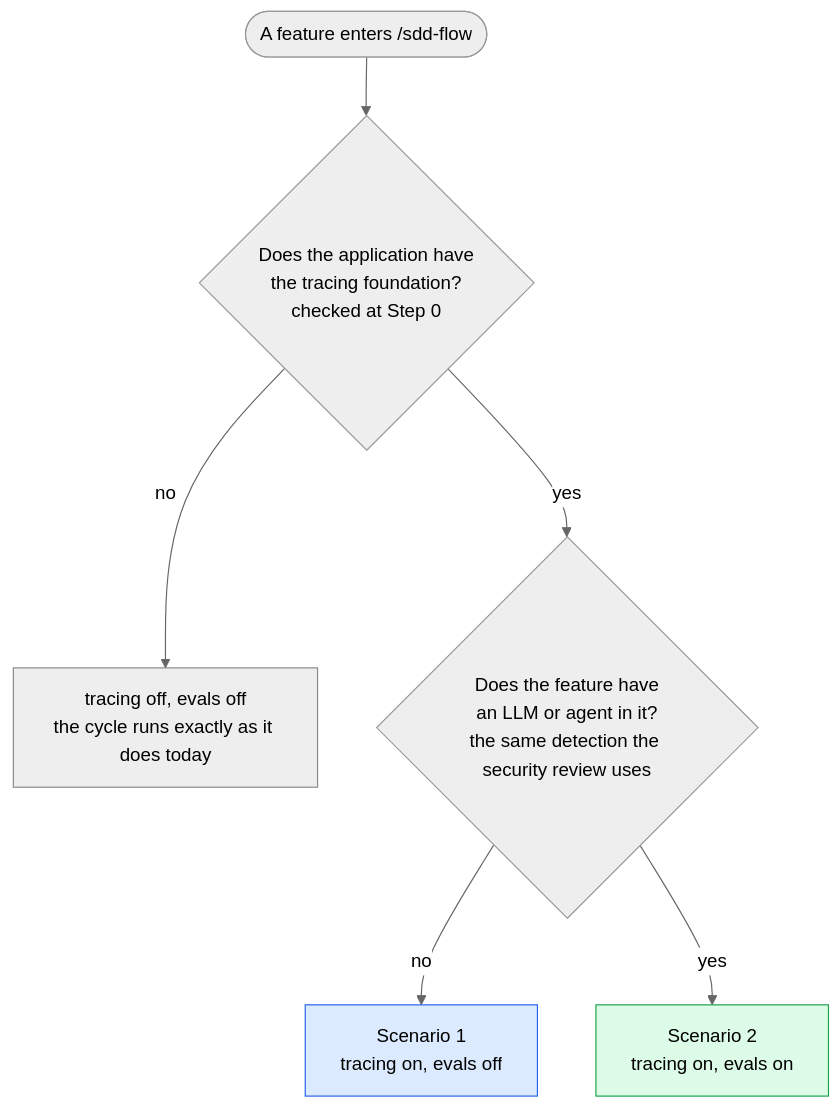
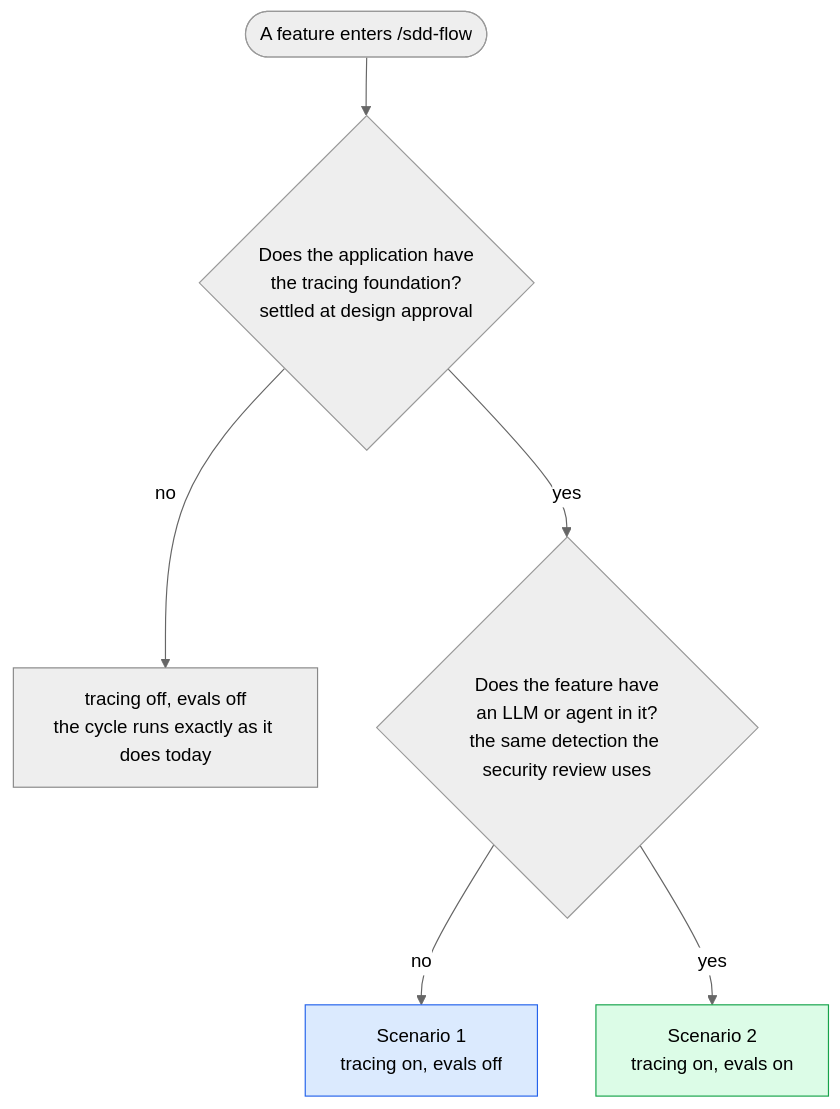
Before and after one commit to pablooliva/claude-plugins: the first of 5 diagrams in agent-engineering/docs/observability-diagram.md, drawn with Mermaid (neutral theme). The commit also changed other lines of this file and 28 other files, not shown here.

First line of the commit message:
ae(4.0.0): sdd-flow release 1 — remove the mode and the stop-skipping flags

````diff
--- a/agent-engineering/docs/observability-diagram.md
+++ b/agent-engineering/docs/observability-diagram.md
@@ -35,12 +35,12 @@
 ```mermaid
 flowchart TD
-    feat(["A feature enters /sdd-flow"]) --> f{"Does the application have<br/>the tracing foundation?<br/>checked at Step 0"}
+    feat(["A feature enters /sdd-flow"]) --> f{"Does the application have<br/>the tracing foundation?<br/>settled at design approval"}
     f -- "no" --> off["tracing off, evals off<br/>the cycle runs exactly as it does today"]:::orch
     f -- "yes" --> l{"Does the feature have<br/>an LLM or agent in it?<br/>the same detection the security review uses"}
     l -- "no" --> a["Scenario 1<br/>tracing on, evals off"]:::trace
     l -- "yes" --> b["Scenario 2<br/>tracing on, evals on"]:::eval
 
     classDef orch fill:#eeeeee,stroke:#888888,color:#000
     classDef trace fill:#dbeafe,stroke:#2563eb,color:#000
     classDef eval fill:#dcfce7,stroke:#16a34a,color:#000
 ```
````
